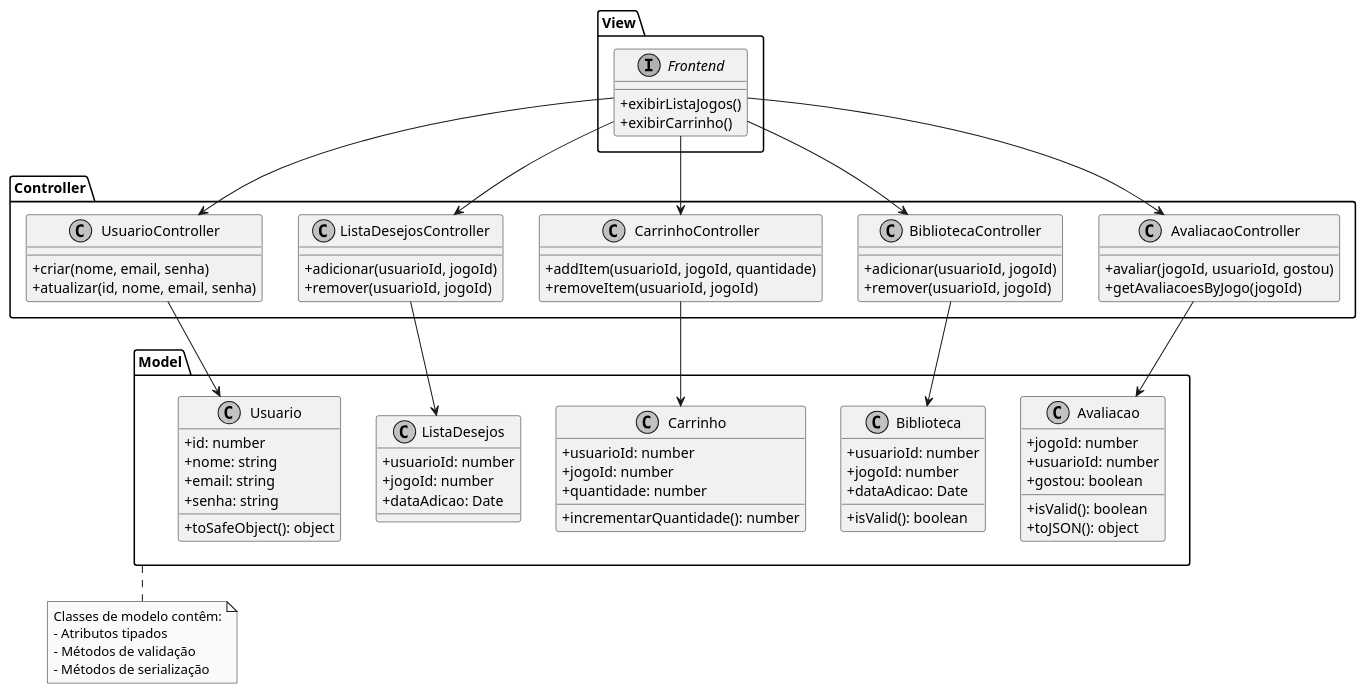
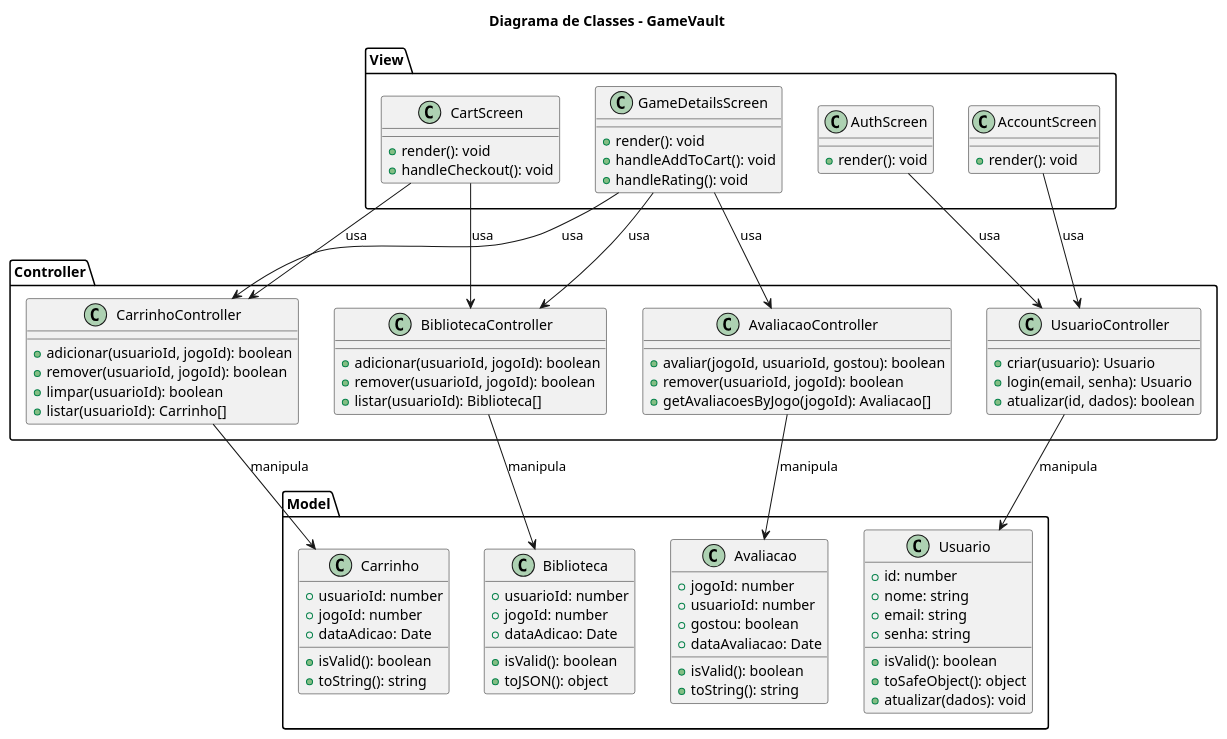
The diagram in diagramas/classes.puml (fatec-project/lm-projeto-interdisciplinar-sem-5), drawn with PlantUML before and after one commit. The commit also changed 8 other files, not shown here.

Commit message:
Terminei todos os diagramas e arquivos

```diff
--- a/diagramas/classes.puml
+++ b/diagramas/classes.puml
@@ -1,95 +1,101 @@
 @startuml classes
-skinparam monochrome true
-skinparam classAttributeIconSize 0
+title Diagrama de Classes - GameVault
 
-package "Model" {
+package Model {
   class Avaliacao {
-    + jogoId: number
-    + usuarioId: number
-    + gostou: boolean
-    + isValid(): boolean
-    + toJSON(): object
+    +jogoId: number
+    +usuarioId: number
+    +gostou: boolean
+    +dataAvaliacao: Date
+    +isValid(): boolean
+    +toString(): string
   }
-  
+
   class Biblioteca {
-    + usuarioId: number
-    + jogoId: number
-    + dataAdicao: Date
-    + isValid(): boolean
+    +usuarioId: number
+    +jogoId: number
+    +dataAdicao: Date
+    +isValid(): boolean
+    +toJSON(): object
   }
-  
+
   class Carrinho {
-    + usuarioId: number
-    + jogoId: number
-    + quantidade: number
-    + incrementarQuantidade(): number
+    +usuarioId: number
+    +jogoId: number
+    +dataAdicao: Date
+    +isValid(): boolean
+    +toString(): string
   }
-  
-  class ListaDesejos {
-    + usuarioId: number
-    + jogoId: number
-    + dataAdicao: Date
-  }
-  
+
   class Usuario {
-    + id: number
-    + nome: string
-    + email: string
-    + senha: string
-    + toSafeObject(): object
+    +id: number
+    +nome: string
+    +email: string
+    +senha: string
+    +isValid(): boolean
+    +toSafeObject(): object
+    +atualizar(dados): void
   }
 }
 
-package "Controller" {
+package Controller {
   class AvaliacaoController {
-    + avaliar(jogoId, usuarioId, gostou)
-    + getAvaliacoesByJogo(jogoId)
+    +avaliar(jogoId, usuarioId, gostou): boolean
+    +remover(usuarioId, jogoId): boolean
+    +getAvaliacoesByJogo(jogoId): Avaliacao[]
   }
-  
+
   class BibliotecaController {
-    + adicionar(usuarioId, jogoId)
-    + remover(usuarioId, jogoId)
+    +adicionar(usuarioId, jogoId): boolean
+    +remover(usuarioId, jogoId): boolean
+    +listar(usuarioId): Biblioteca[]
   }
-  
+
   class CarrinhoController {
-    + addItem(usuarioId, jogoId, quantidade)
-    + removeItem(usuarioId, jogoId)
-  }
-  
-  class ListaDesejosController {
-    + adicionar(usuarioId, jogoId)
-    + remover(usuarioId, jogoId)
+    +adicionar(usuarioId, jogoId): boolean
+    +remover(usuarioId, jogoId): boolean
+    +limpar(usuarioId): boolean
+    +listar(usuarioId): Carrinho[]
   }
 
   class UsuarioController {
-    + criar(nome, email, senha)
-    + atualizar(id, nome, email, senha)
+    +criar(usuario): Usuario
+    +login(email, senha): Usuario
+    +atualizar(id, dados): boolean
   }
 }
 
-package "View" {
-  interface "Frontend" {
-    + exibirListaJogos()
-    + exibirCarrinho()
+package View {
+  class GameDetailsScreen {
+    +render(): void
+    +handleAddToCart(): void
+    +handleRating(): void
+  }
+
+  class CartScreen {
+    +render(): void
+    +handleCheckout(): void
+  }
+
+  class AuthScreen {
+    +render(): void
+  }
+
+  class AccountScreen {
+    +render(): void
   }
 }
 
-AvaliacaoController --> Avaliacao
-BibliotecaController --> Biblioteca
-CarrinhoController --> Carrinho
-ListaDesejosController --> ListaDesejos
-UsuarioController --> Usuario
+AvaliacaoController --> Avaliacao : manipula
+BibliotecaController --> Biblioteca : manipula
+CarrinhoController --> Carrinho : manipula
+UsuarioController --> Usuario : manipula
 
-"Frontend" --> AvaliacaoController
-"Frontend" --> BibliotecaController
-"Frontend" --> CarrinhoController
-"Frontend" --> ListaDesejosController
-"Frontend" --> UsuarioController
-
-note bottom of Model
-  Classes de modelo contêm:
-  - Atributos tipados
-  - Métodos de validação
-  - Métodos de serialização
-end note
+GameDetailsScreen --> CarrinhoController : usa
+GameDetailsScreen --> BibliotecaController : usa
+GameDetailsScreen --> AvaliacaoController : usa
+CartScreen --> CarrinhoController : usa
+CartScreen --> BibliotecaController : usa
+AuthScreen --> UsuarioController : usa
+AccountScreen --> UsuarioController : usa
 @enduml
```
